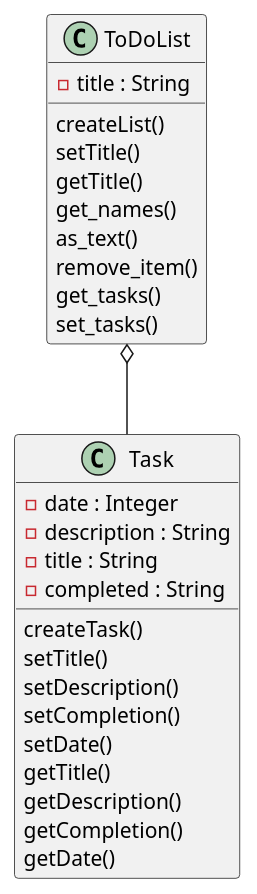
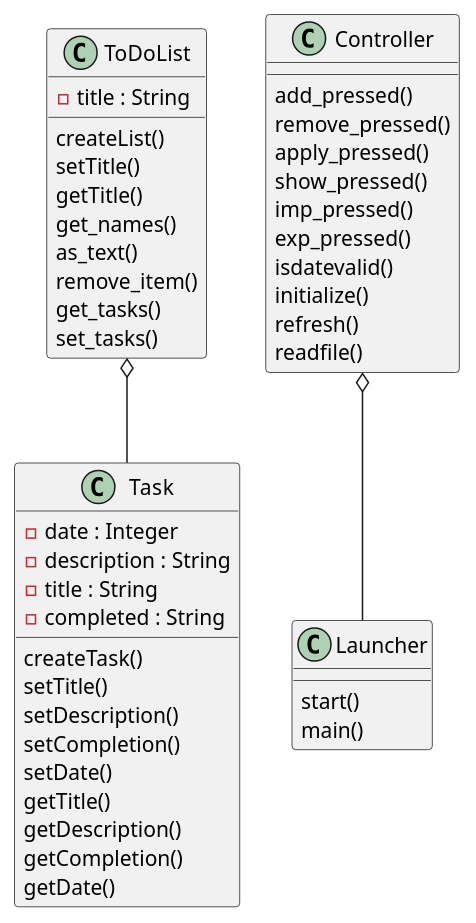
The diagram in src/plantuml.puml (julianlondono123/-londono--cop3330-assignment4part2), drawn with PlantUML before and after one commit.

```diff
--- a/src/plantuml.puml
+++ b/src/plantuml.puml
@@ -1,31 +1,47 @@
 @startuml
 'https://plantuml.com/sequence-diagram
 ToDoList o-- Task
+Controller o-- Launcher
+
+Controller : add_pressed()
+Controller : remove_pressed()
+Controller : apply_pressed()
+Controller : show_pressed()
+Controller : imp_pressed()
+Controller : exp_pressed()
+Controller : isdatevalid()
+Controller : initialize()
+Controller : refresh()
+Controller : readfile()
+
+Launcher : start()
+Launcher : main()
+
 
 ToDoList : -title : String
 
 ToDoList : createList()
 ToDoList : setTitle()
 ToDoList : getTitle()
 ToDoList : get_names()
 ToDoList : as_text()
 ToDoList : remove_item()
 ToDoList : get_tasks()
 ToDoList : set_tasks()
 
 Task : -date : Integer
 Task : -description : String
 Task : -title : String
 Task : -completed : String
 Task : createTask()
 Task : setTitle()
 Task : setDescription()
 Task : setCompletion()
 Task : setDate()
 Task : getTitle()
 Task : getDescription()
 Task : getCompletion()
 Task : getDate()
 
 
 @enduml
```
